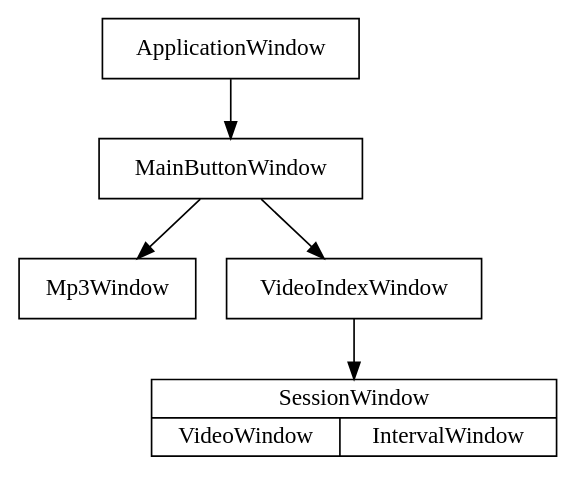
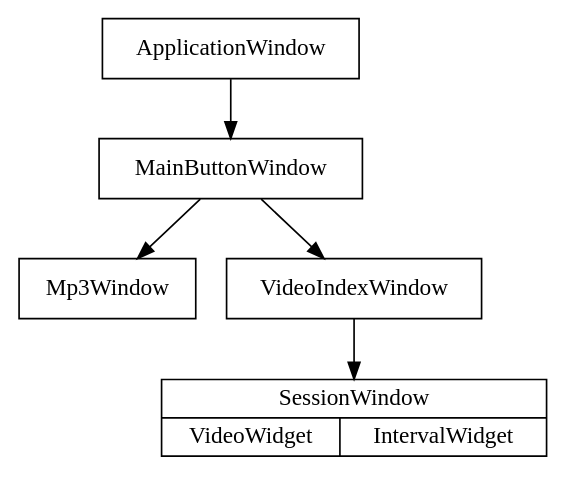
Before and after one commit to nsw42/picave: the diagram in docs/window_flow.dot, drawn with Graphviz. The commit also changed 6 other files, not shown here.

```diff
--- a/docs/window_flow.dot
+++ b/docs/window_flow.dot
@@ -1,6 +1,6 @@
 digraph G {
     node [shape=box];
     ApplicationWindow -> MainButtonWindow -> Mp3Window;
     MainButtonWindow -> VideoIndexWindow -> SessionWindow;
-    SessionWindow [ shape=record, label="{SessionWindow|{VideoWindow|IntervalWindow}}" ];
+    SessionWindow [ shape=record, label="{SessionWindow|{VideoWidget|IntervalWidget}}" ];
 }
```
